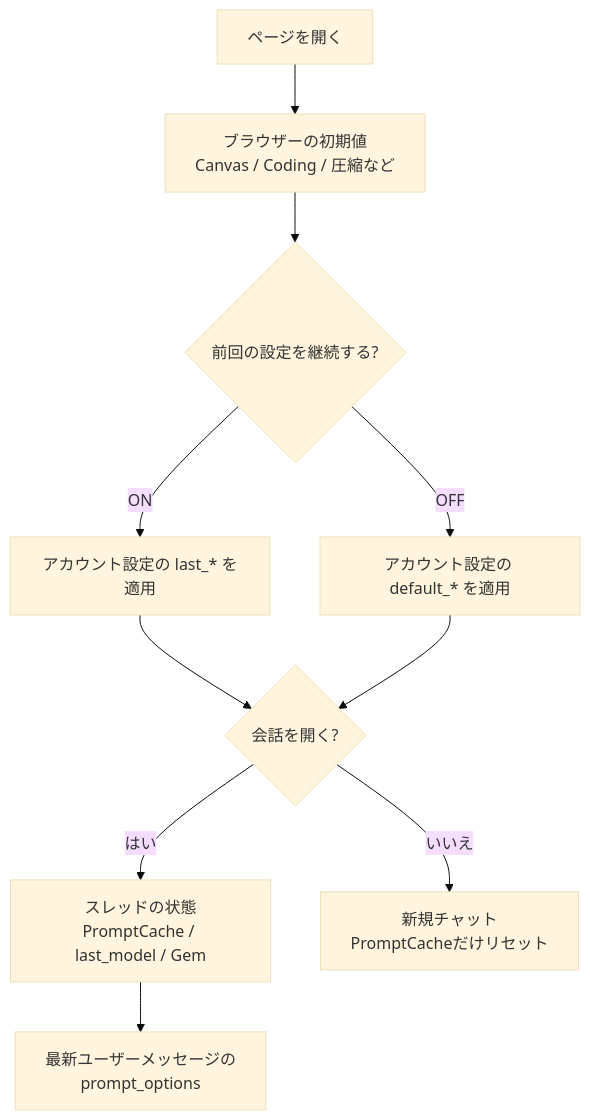
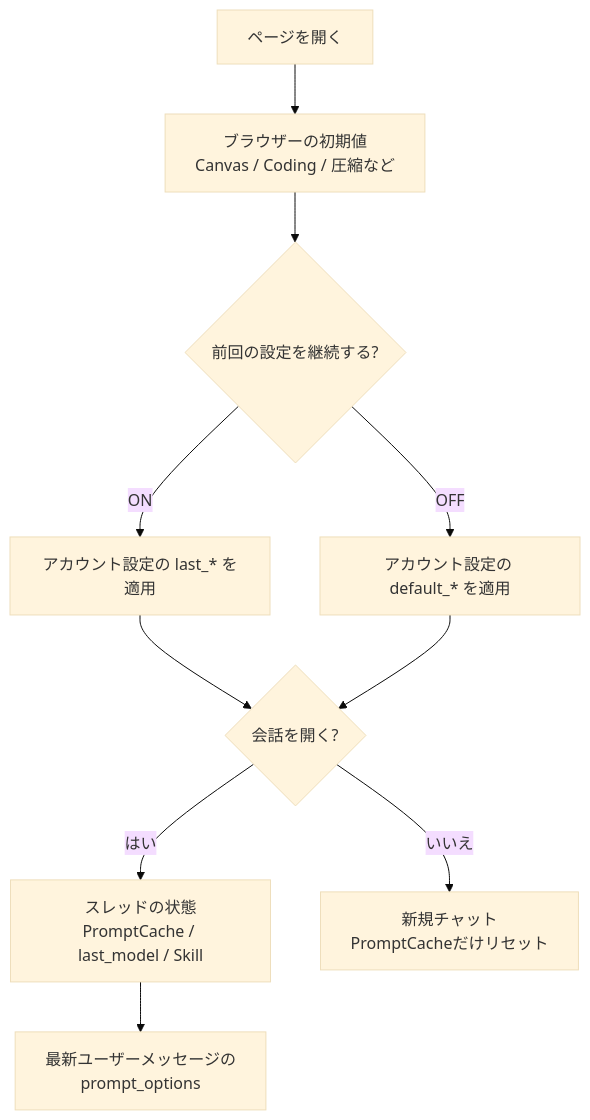
The diagram in static/docs/prompt_bar_settings.md (Minashin1120/ai-playground), drawn with Mermaid (base theme) before and after one commit. The commit also changed other lines of this file and 123 other files, not shown here.

````diff
--- a/static/docs/prompt_bar_settings.md
+++ b/static/docs/prompt_bar_settings.md
@@ -18,12 +18,12 @@
 ```mermaid
 flowchart TD
     A[ページを開く] --> B[ブラウザーの初期値<br>Canvas / Coding / 圧縮など]
     B --> C{前回の設定を継続する?}
     C -->|ON| D[アカウント設定の last_* を適用]
     C -->|OFF| E[アカウント設定の default_* を適用]
     D --> F{会話を開く?}
     E --> F
-    F -->|はい| G[スレッドの状態<br>PromptCache / last_model / Gem]
+    F -->|はい| G[スレッドの状態<br>PromptCache / last_model / Skill]
     G --> H[最新ユーザーメッセージの<br>prompt_options]
     F -->|いいえ| I[新規チャット<br>PromptCacheだけリセット]
 ```
````
